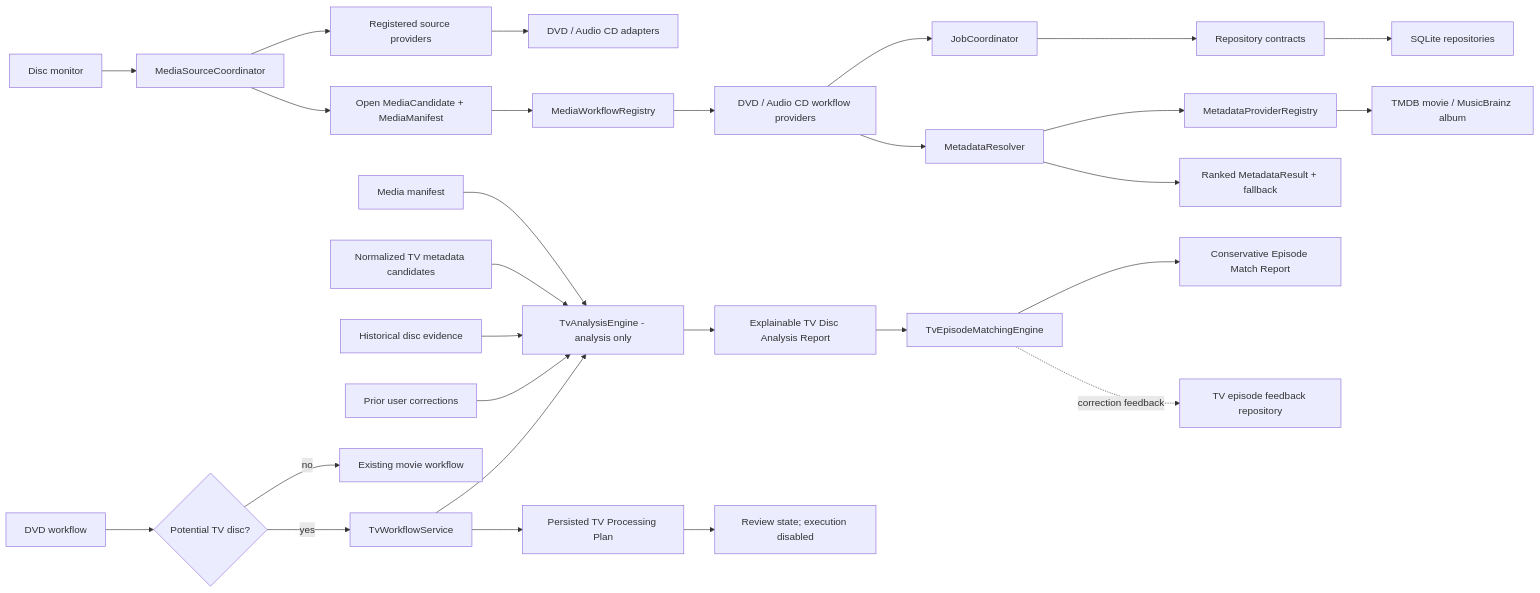
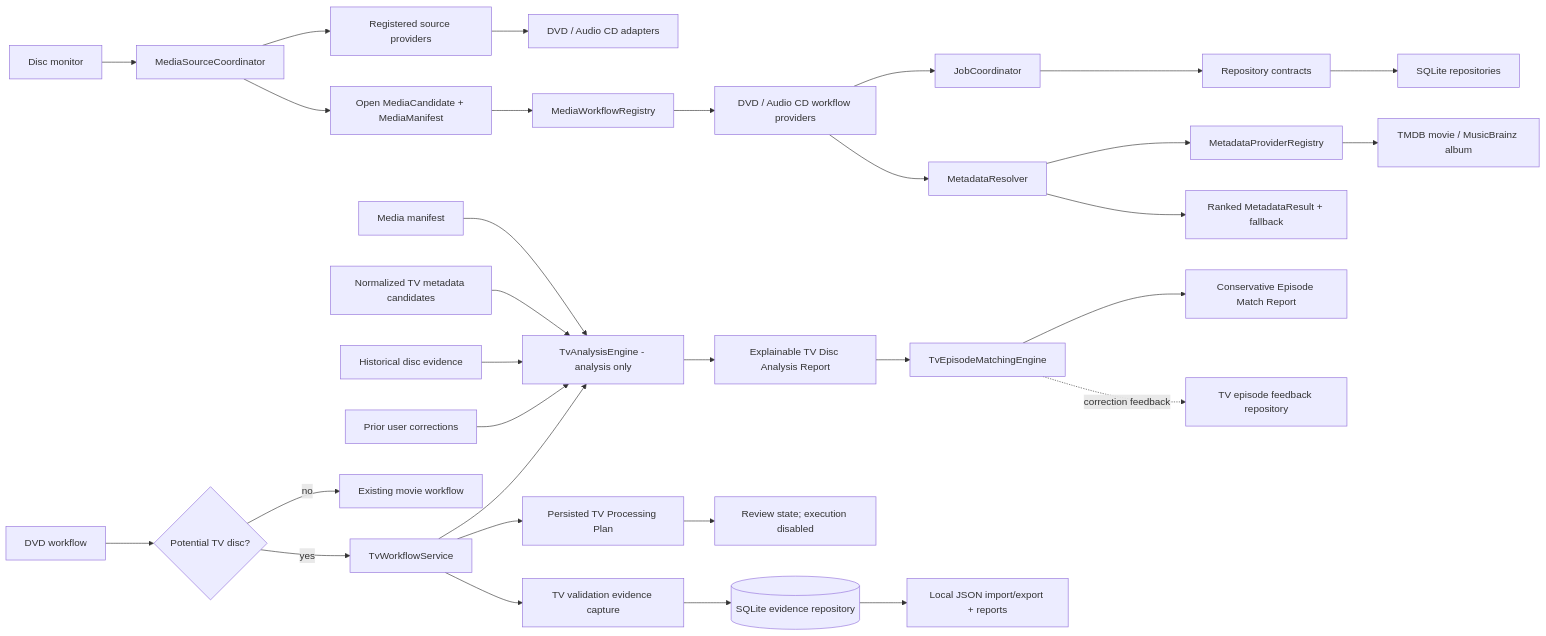
One commit to nick709r/DVDTOJELLYFIN changed the diagram in docs/V2-ARCHITECTURE.md. Above: the diagram before and after it, drawn with Mermaid. The commit also changed other lines of this file and 21 other files, not shown here.

First line of the commit message:
feat: add TV validation evidence tooling

````diff
--- a/docs/V2-ARCHITECTURE.md
+++ b/docs/V2-ARCHITECTURE.md
@@ -31,35 +37,38 @@
 ```mermaid
 flowchart LR
   Monitor[Disc monitor] --> SourceCoordinator[MediaSourceCoordinator]
   SourceCoordinator --> SourceRegistry[Registered source providers]
   SourceRegistry --> Sources[DVD / Audio CD adapters]
   SourceCoordinator --> Candidate[Open MediaCandidate + MediaManifest]
   Candidate --> WorkflowRegistry[MediaWorkflowRegistry]
   WorkflowRegistry --> Workflows[DVD / Audio CD workflow providers]
   Workflows --> JobCoordinator[JobCoordinator]
   JobCoordinator --> RepositoryPorts[Repository contracts]
   RepositoryPorts --> SqliteAdapters[SQLite repositories]
   Workflows --> MetadataResolver[MetadataResolver]
   MetadataResolver --> MetadataRegistry[MetadataProviderRegistry]
   MetadataRegistry --> MetadataProviders[TMDB movie / MusicBrainz album]
   MetadataResolver --> Ranked[Ranked MetadataResult + fallback]
   Manifest[Media manifest]
   Metadata[Normalized TV metadata candidates]
   History[Historical disc evidence]
   Corrections[Prior user corrections]
   DVD[DVD workflow]
   Manifest --> TvAnalysis[TvAnalysisEngine - analysis only]
   Metadata --> TvAnalysis
   History --> TvAnalysis
   Corrections --> TvAnalysis
   TvAnalysis --> TvReport[Explainable TV Disc Analysis Report]
   TvReport --> EpisodeMatcher[TvEpisodeMatchingEngine]
   EpisodeMatcher --> MatchReport[Conservative Episode Match Report]
   EpisodeMatcher -. correction feedback .-> FeedbackStore[TV episode feedback repository]
   DVD --> TvPrefilter{Potential TV disc?}
   TvPrefilter -- no --> MovieWorkflow[Existing movie workflow]
   TvPrefilter -- yes --> TvWorkflow[TvWorkflowService]
   TvWorkflow --> TvAnalysis
   TvWorkflow --> Plan[Persisted TV Processing Plan]
   Plan --> Review[Review state; execution disabled]
+  TvWorkflow --> Evidence[TV validation evidence capture]
+  Evidence --> ValidationStore[(SQLite evidence repository)]
+  ValidationStore --> Dataset[Local JSON import/export + reports]
 ```
````
